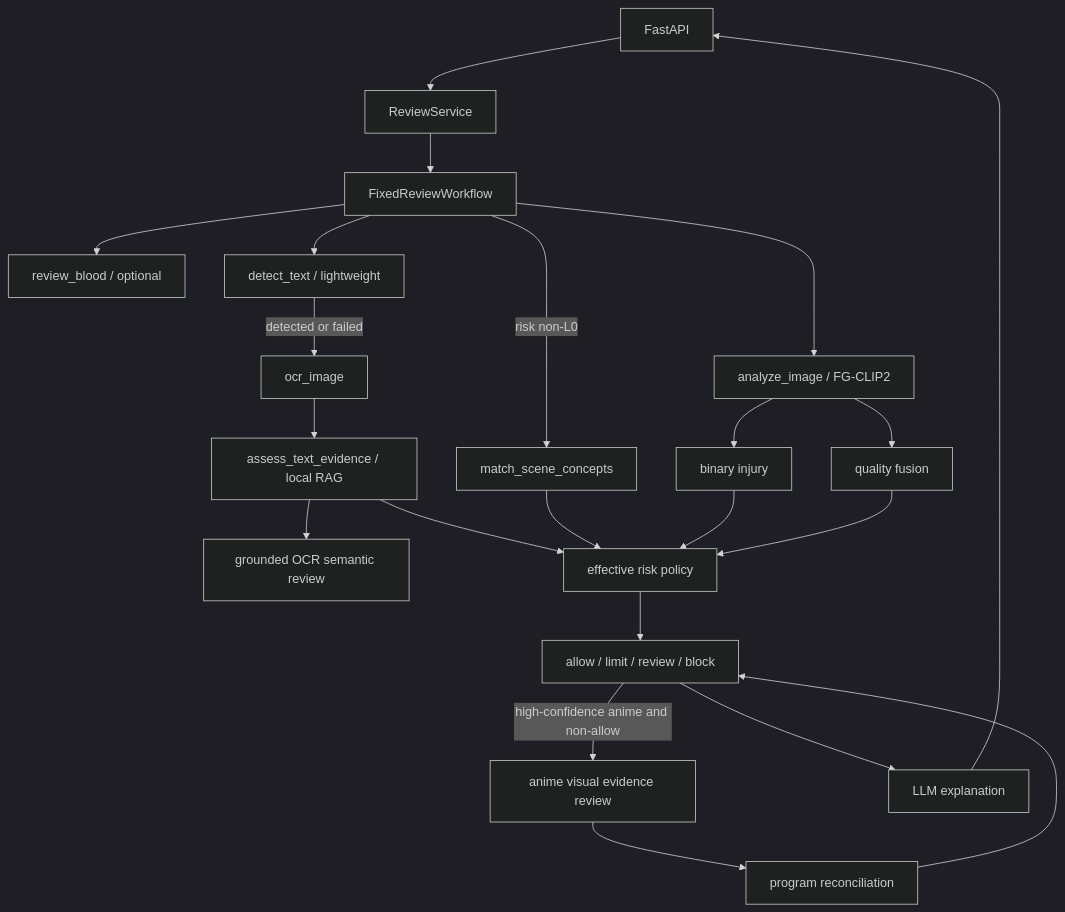
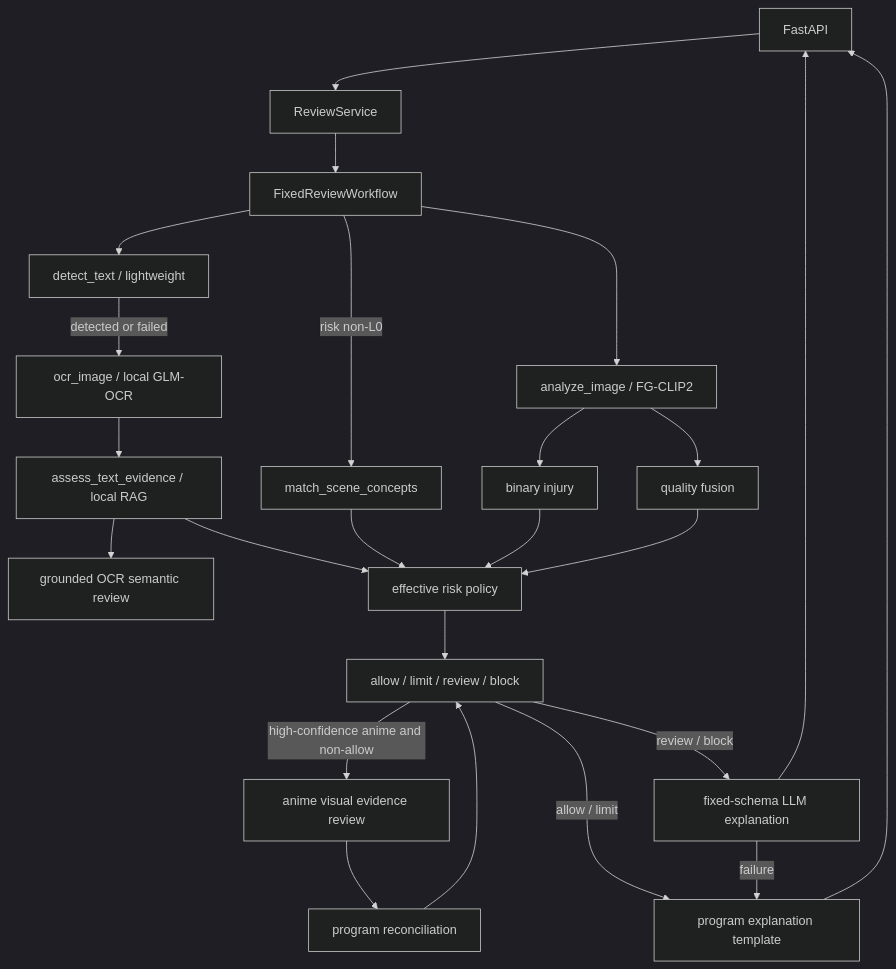
Before and after one commit to ZhangGuannanHIT/Image-Review-Agent: the diagram in docs/architecture.md, drawn with Mermaid (dark theme). The commit also changed other lines of this file and 44 other files, not shown here.

Commit message:
feat: add local OCR and persistent workspace review workflow

````diff
--- a/docs/architecture.md
+++ b/docs/architecture.md
@@ -11,24 +11,26 @@
 ```mermaid
 flowchart TD
     API[FastAPI] --> SVC[ReviewService]
     SVC --> WF[FixedReviewWorkflow]
     WF --> CLIP[analyze_image / FG-CLIP2]
     CLIP --> BINARY[binary injury]
     CLIP --> QUALITY[quality fusion]
-    WF --> BLOOD[review_blood / optional]
     WF --> DETECT[detect_text / lightweight]
-    DETECT -->|detected or failed| OCR[ocr_image]
+    DETECT -->|detected or failed| OCR[ocr_image / local GLM-OCR]
     OCR --> RAG[assess_text_evidence / local RAG]
     RAG --> TSEM[grounded OCR semantic review]
     WF -->|risk non-L0| SCENE[match_scene_concepts]
     RAG --> POLICY[effective risk policy]
     SCENE --> POLICY
     BINARY --> POLICY
     QUALITY --> POLICY
     POLICY --> ACTION[allow / limit / review / block]
     ACTION -->|high-confidence anime and non-allow| AVIS[anime visual evidence review]
     AVIS --> POLICY2[program reconciliation]
     POLICY2 --> ACTION
-    ACTION --> EXPLAIN[LLM explanation]
+    ACTION -->|allow / limit| TEMPLATE[program explanation template]
+    ACTION -->|review / block| EXPLAIN[fixed-schema LLM explanation]
+    EXPLAIN -->|failure| TEMPLATE
     EXPLAIN --> API
+    TEMPLATE --> API
 ```
````
